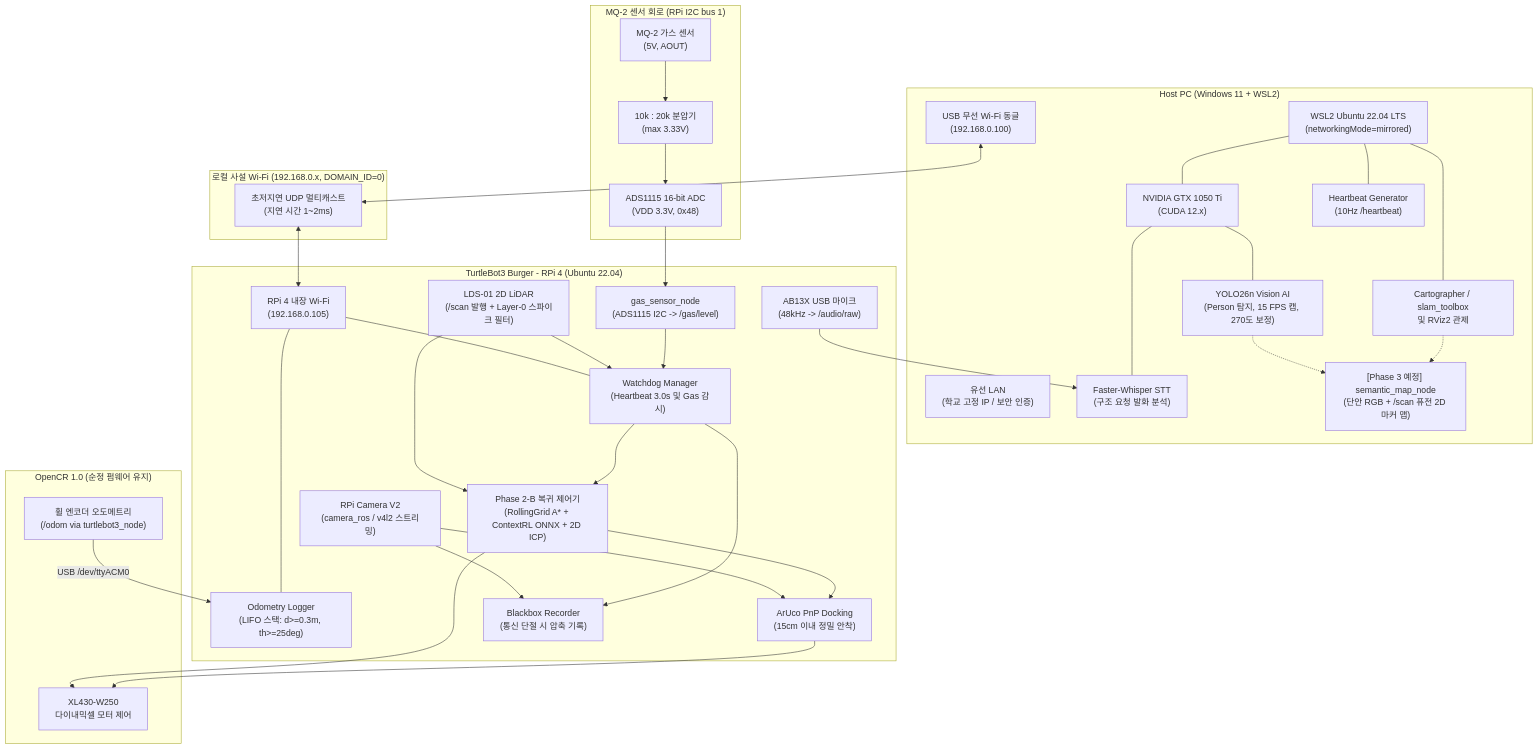
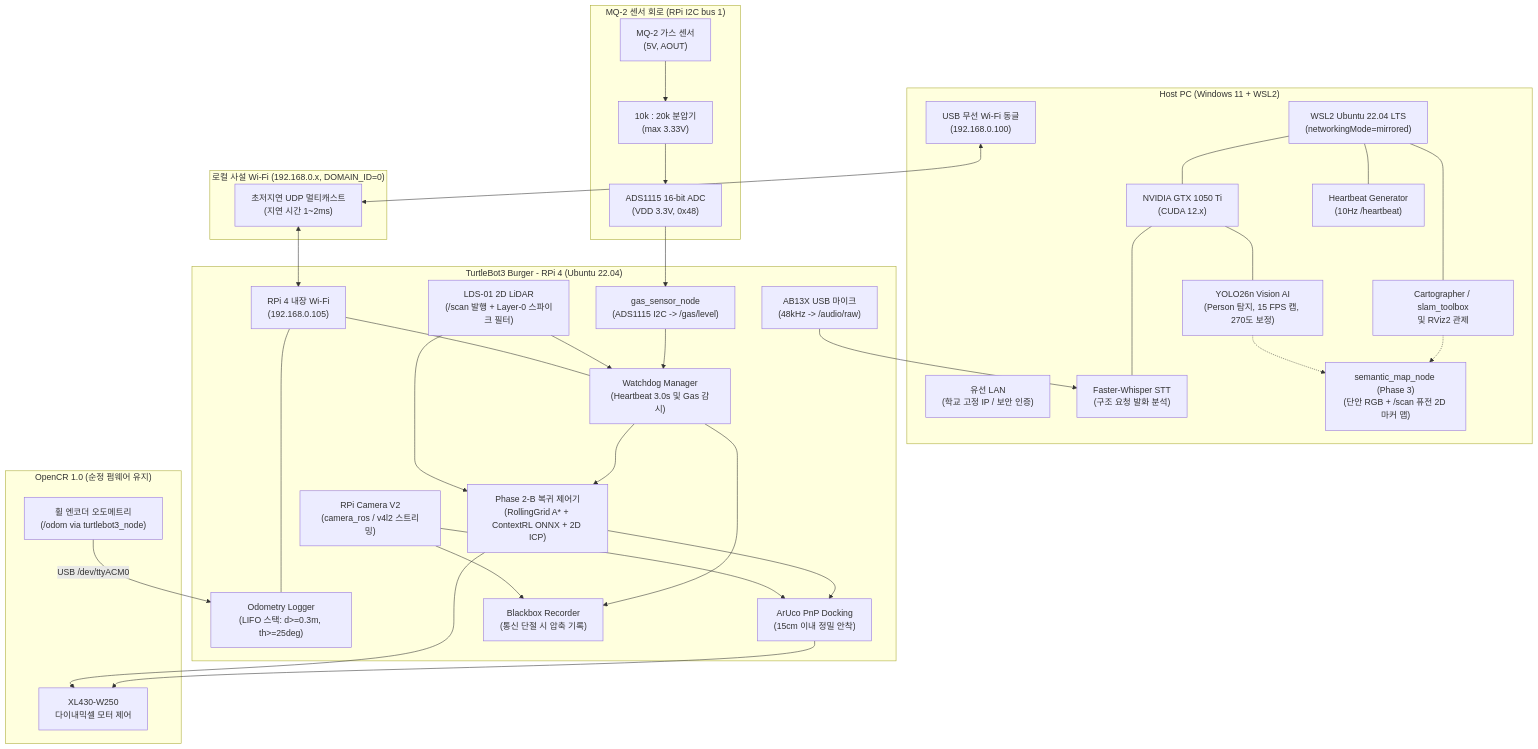
One commit to rjw136-lab/disaster_recovery_ws changed the first of 2 diagrams in docs/DISASTER_RECOVERY_GUIDEBOOK.md. Above: the diagram before and after it, drawn with Mermaid. The commit also changed other lines of this file and 7 other files, not shown here.

````diff
--- a/docs/DISASTER_RECOVERY_GUIDEBOOK.md
+++ b/docs/DISASTER_RECOVERY_GUIDEBOOK.md
@@ -75,68 +75,68 @@
 ```mermaid
 flowchart TD
     subgraph Host_PC ["Host PC (Windows 11 + WSL2)"]
         NIC1["유선 LAN<br/>(학교 고정 IP / 보안 인증)"]
         NIC2["USB 무선 Wi-Fi 동글<br/>(192.168.0.100)"]
         WSL["WSL2 Ubuntu 22.04 LTS<br/>(networkingMode=mirrored)"]
         GPU["NVIDIA GTX 1050 Ti<br/>(CUDA 12.x)"]
         AI1["YOLO26n Vision AI<br/>(Person 탐지, 15 FPS 캡, 270도 보정)"]
         AI2["Faster-Whisper STT<br/>(구조 요청 발화 분석)"]
         HB["Heartbeat Generator<br/>(10Hz /heartbeat)"]
         SLAM["Cartographer / slam_toolbox<br/>및 RViz2 관제"]
-        SEM["[Phase 3 예정] semantic_map_node<br/>(단안 RGB + /scan 퓨전 2D 마커 맵)"]
+        SEM["semantic_map_node (Phase 3)<br/>(단안 RGB + /scan 퓨전 2D 마커 맵)"]
     end
 
     subgraph Network ["로컬 사설 Wi-Fi (192.168.0.x, DOMAIN_ID=0)"]
         UDP["초저지연 UDP 멀티캐스트<br/>(지연 시간 1~2ms)"]
     end
 
     subgraph Robot_RPi ["TurtleBot3 Burger - RPi 4 (Ubuntu 22.04)"]
         WIFI_RPI["RPi 4 내장 Wi-Fi<br/>(192.168.0.105)"]
         LDS["LDS-01 2D LiDAR<br/>(/scan 발행 + Layer-0 스파이크 필터)"]
         CAM["RPi Camera V2<br/>(camera_ros / v4l2 스트리밍)"]
         MIC["AB13X USB 마이크<br/>(48kHz -> /audio/raw)"]
         WLOG["Odometry Logger<br/>(LIFO 스택: d>=0.3m, th>=25deg)"]
         WDOG["Watchdog Manager<br/>(Heartbeat 3.0s 및 Gas 감시)"]
         BTRK["Phase 2-B 복귀 제어기<br/>(RollingGrid A* + ContextRL ONNX + 2D ICP)"]
         ARUCO["ArUco PnP Docking<br/>(15cm 이내 정밀 안착)"]
         BBOX["Blackbox Recorder<br/>(통신 단절 시 압축 기록)"]
         GAS["gas_sensor_node<br/>(ADS1115 I2C -> /gas/level)"]
     end
 
     subgraph Sensor_Board ["MQ-2 센서 회로 (RPi I2C bus 1)"]
         MQ2["MQ-2 가스 센서<br/>(5V, AOUT)"]
         DIV["10k : 20k 분압기<br/>(max 3.33V)"]
         ADS["ADS1115 16-bit ADC<br/>(VDD 3.3V, 0x48)"]
     end
 
     subgraph Robot_OpenCR ["OpenCR 1.0 (순정 펌웨어 유지)"]
         DYNAMIXEL["XL430-W250<br/>다이내믹셀 모터 제어"]
         ENC["휠 엔코더 오도메트리<br/>(/odom via turtlebot3_node)"]
     end
 
     NIC2 <--> UDP
     UDP <--> WIFI_RPI
     WSL --- GPU
     GPU --- AI1
     GPU --- AI2
     WSL --- HB
     WSL --- SLAM
     AI1 -.-> SEM
     SLAM -.-> SEM
 
     WIFI_RPI --- WLOG
     WIFI_RPI --- WDOG
     LDS --> WDOG
     LDS --> BTRK
     CAM --> ARUCO
     CAM --> BBOX
     MIC --> AI2
     WDOG --> BTRK
     BTRK --> ARUCO
     WDOG --> BBOX
 
     MQ2 --> DIV --> ADS --> GAS --> WDOG
     ENC -- "USB /dev/ttyACM0" --> WLOG
     BTRK --> DYNAMIXEL
     ARUCO --> DYNAMIXEL
 ```
````
